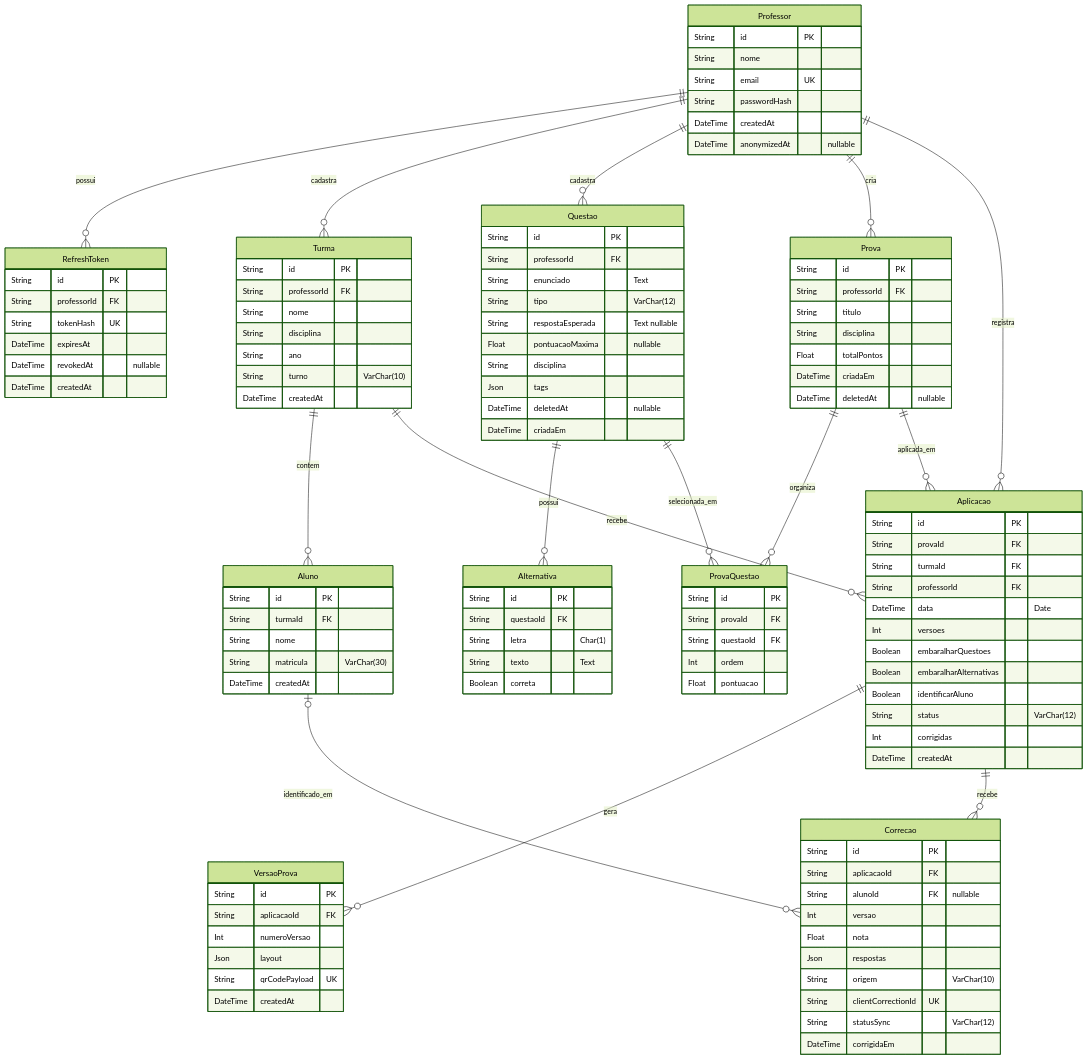
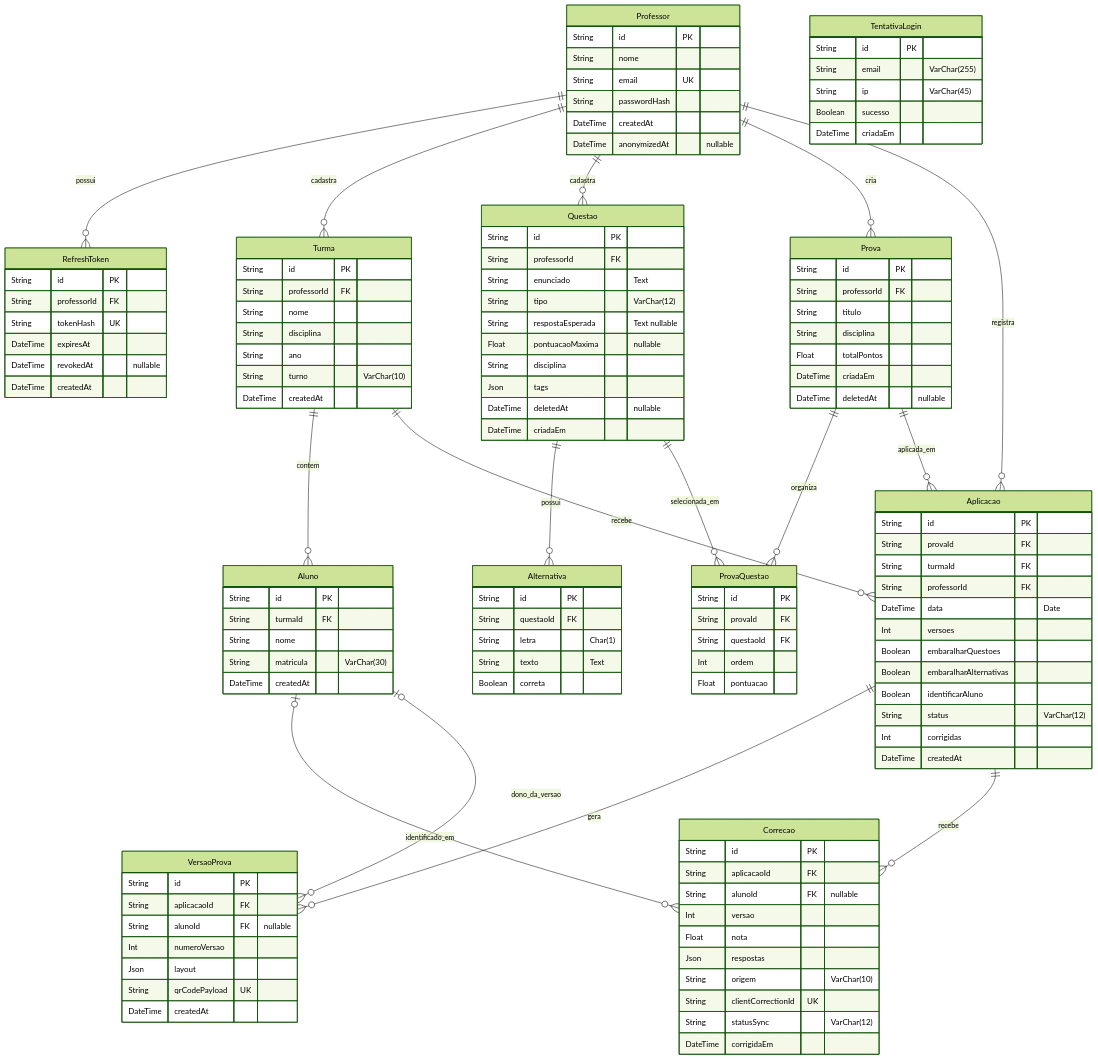
The diagram in docs/modelo-dados/mer-der.md (thiagomaes/sgp-provas), drawn with Mermaid (forest theme) before and after one commit. The commit also changed other lines of this file and 2 other files, not shown here.

Commit message:
docs(modelo): atualiza o MER/DER e o diagrama de classe para a N3

````diff
--- a/docs/modelo-dados/mer-der.md
+++ b/docs/modelo-dados/mer-der.md
@@ -19,6 +19,13 @@
         DateTime expiresAt
         DateTime revokedAt "nullable"
         DateTime createdAt
+    }
+    TentativaLogin {
+        String id PK
+        String email "VarChar(255)"
+        String ip "VarChar(45)"
+        Boolean sucesso
+        DateTime criadaEm
     }
     Turma {
         String id PK
@@ -88,6 +95,7 @@
     VersaoProva {
         String id PK
         String aplicacaoId FK
+        String alunoId FK "nullable"
         Int numeroVersao
         Json layout
         String qrCodePayload UK
@@ -120,4 +128,5 @@
     Aplicacao ||--o{ VersaoProva : gera
     Aplicacao ||--o{ Correcao : recebe
     Aluno o|--o{ Correcao : identificado_em
+    Aluno o|--o{ VersaoProva : dono_da_versao
 ```
````
